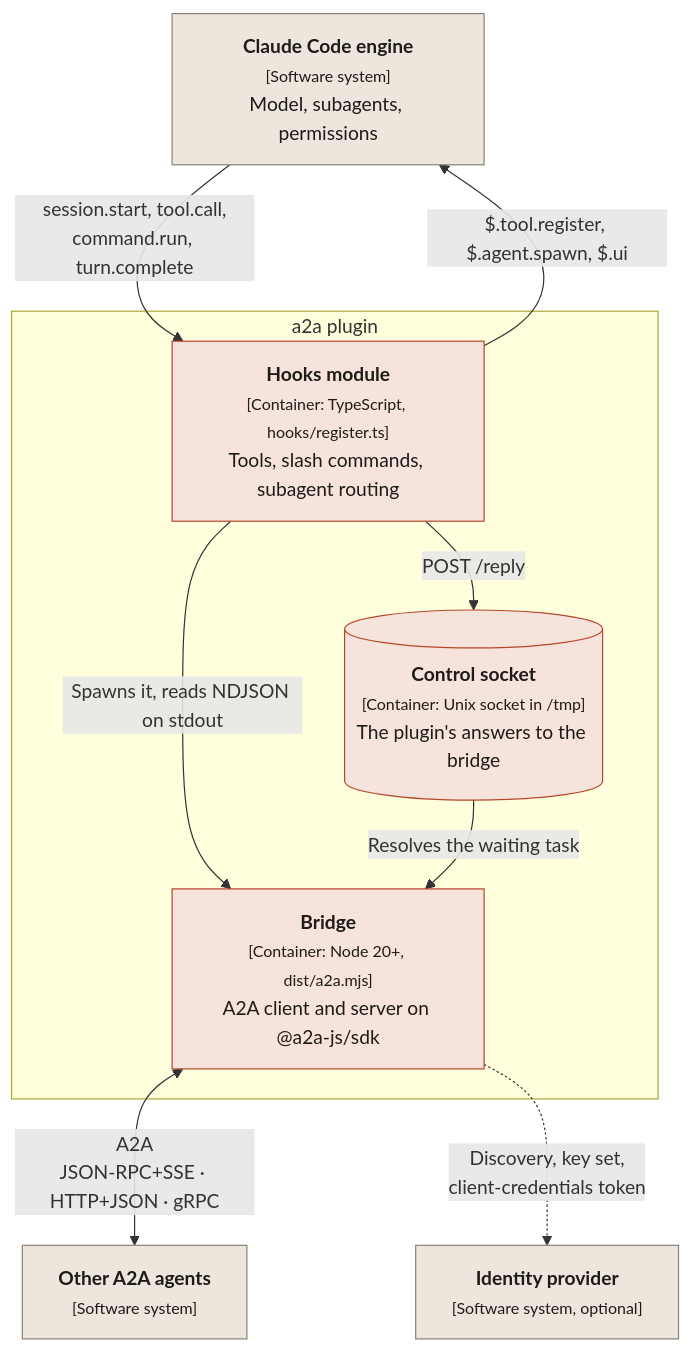
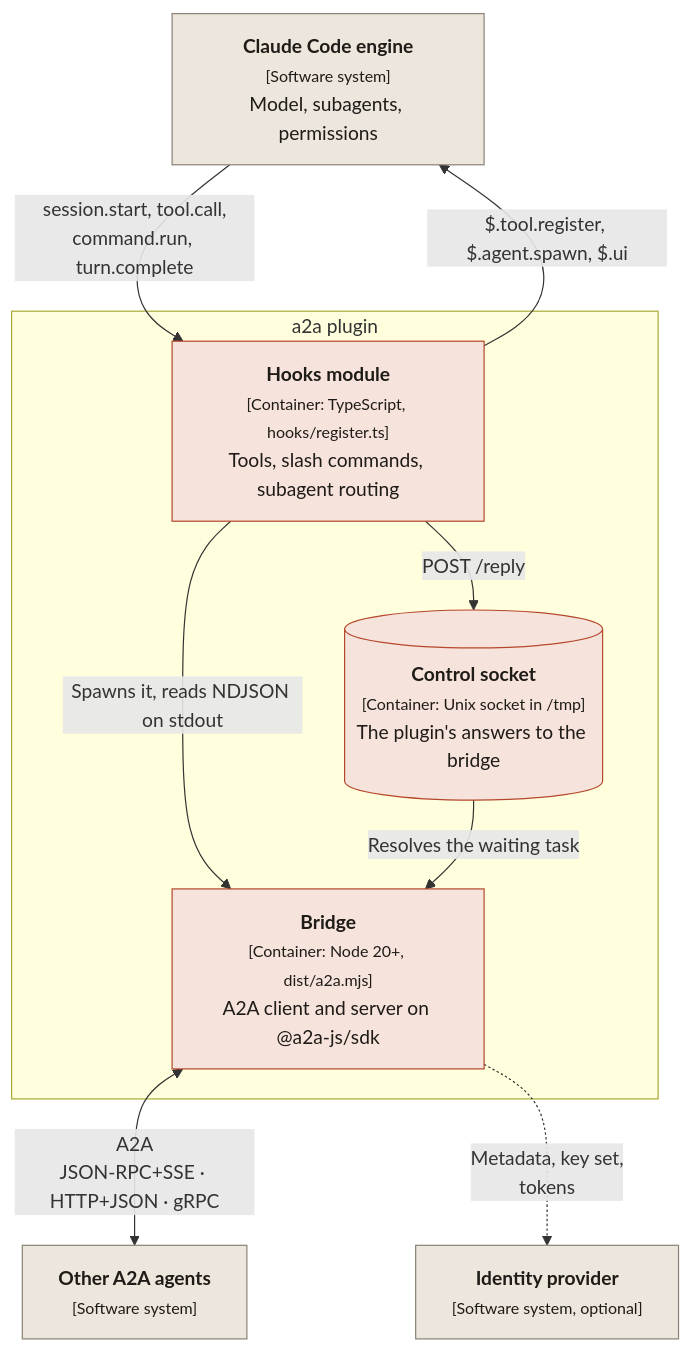
Before and after one commit to fulgas/claude-a2a: the second of 6 diagrams in docs/architecture.md, drawn with Mermaid. The commit also changed other lines of this file and 18 other files, not shown here.

````diff
--- a/docs/architecture.md
+++ b/docs/architecture.md
@@ -73,24 +74,24 @@
 ```mermaid
 flowchart TB
   claude["<b>Claude Code engine</b><br/><small>[Software system]</small><br/>Model, subagents, permissions"]
   other["<b>Other A2A agents</b><br/><small>[Software system]</small>"]
   idp["<b>Identity provider</b><br/><small>[Software system, optional]</small>"]
   subgraph plugin["a2a plugin"]
     mod["<b>Hooks module</b><br/><small>[Container: TypeScript, hooks/register.ts]</small><br/>Tools, slash commands, subagent routing"]
     bridge["<b>Bridge</b><br/><small>[Container: Node 20+, dist/a2a.mjs]</small><br/>A2A client and server on @a2a-js/sdk"]
     socket[("<b>Control socket</b><br/><small>[Container: Unix socket in /tmp]</small><br/>The plugin's answers to the bridge")]
   end
   claude -- "session.start, tool.call,<br/>command.run, turn.complete" --> mod
   mod -- "$.tool.register, $.agent.spawn, $.ui" --> claude
   mod -- "Spawns it, reads NDJSON on stdout" --> bridge
   mod -- "POST /reply" --> socket
   socket -- "Resolves the waiting task" --> bridge
   bridge <-- "A2A<br/>JSON-RPC+SSE · HTTP+JSON · gRPC" --> other
-  bridge -. "Discovery, key set,<br/>client-credentials token" .-> idp
+  bridge -. "Metadata, key set,<br/>tokens" .-> idp
   classDef person fill:#8E3820,stroke:#6E2A17,color:#fff
   classDef system fill:#B5472A,stroke:#8E3820,color:#fff
   classDef container fill:#F6E4DC,stroke:#B5472A,color:#1F1B17
   classDef external fill:#EDE6DD,stroke:#8A8178,color:#1F1B17
   class mod,bridge,socket container
   class claude,other,idp external
 ```
````
